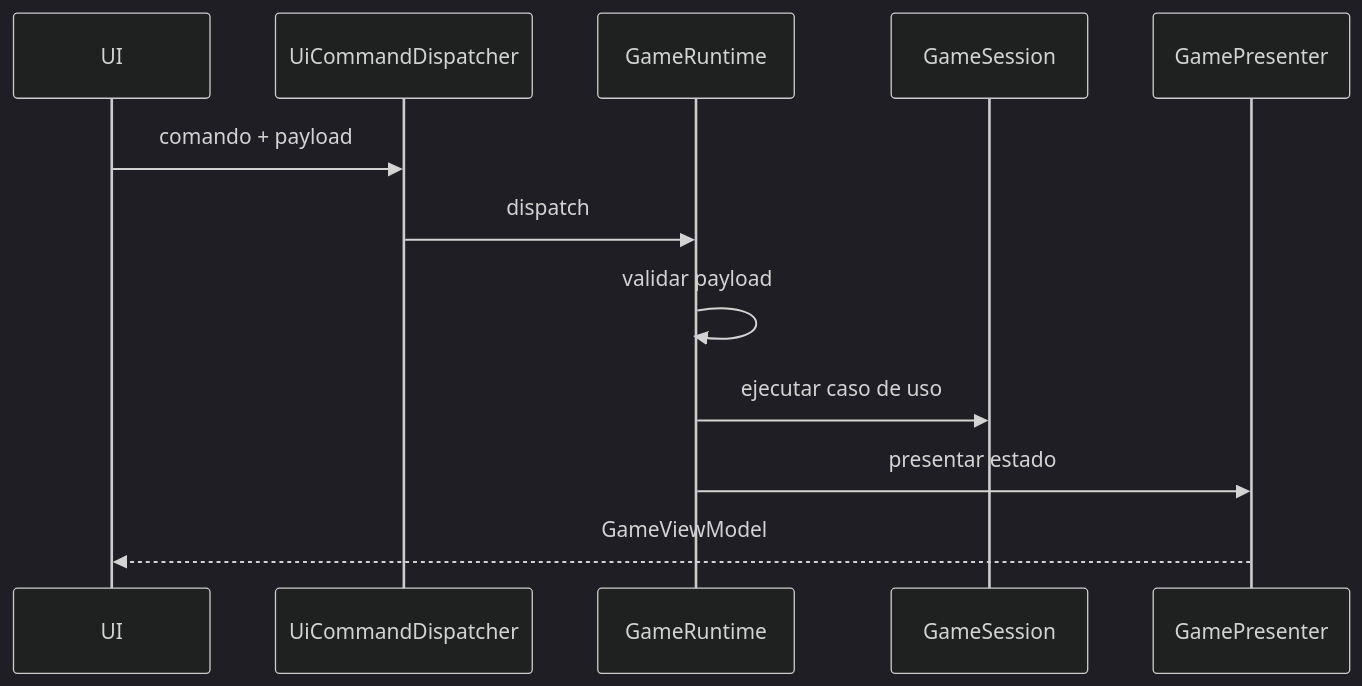
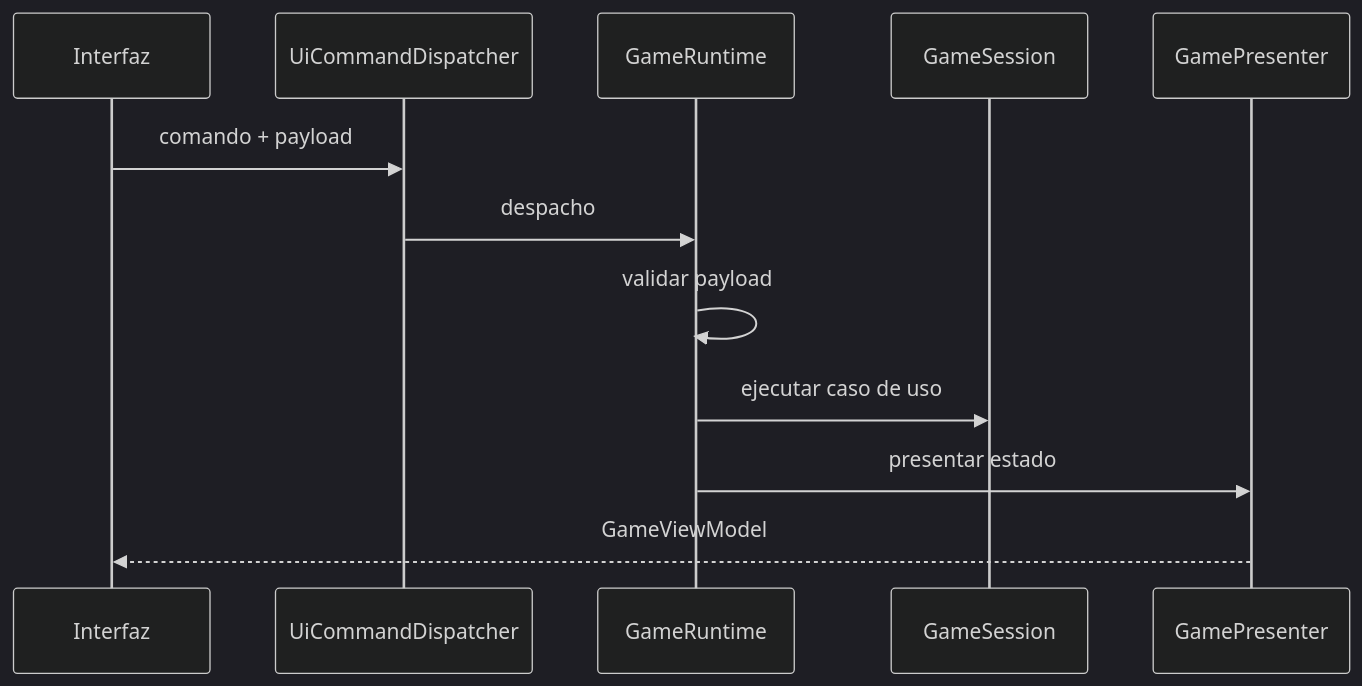
Before and after one commit to Craos6518/dungeon-crawler-patterns: the second of 2 diagrams in docs/01-product/Especificacion_Requerimientos_Sistema_ISO29148.md, drawn with Mermaid (dark theme). The commit also changed other lines of this file and 11 other files, not shown here.

Commit message:
refactor: actualizar diagramas y terminología en la documentación de patrones

````diff
--- a/docs/01-product/Especificacion_Requerimientos_Sistema_ISO29148.md
+++ b/docs/01-product/Especificacion_Requerimientos_Sistema_ISO29148.md
@@ -163,15 +172,15 @@
 ```mermaid
 sequenceDiagram
-    participant UI as UI
+    participant UI as Interfaz
     participant UCD as UiCommandDispatcher
     participant RT as GameRuntime
     participant GS as GameSession
     participant GP as GamePresenter
 
     UI->>UCD: comando + payload
-    UCD->>RT: dispatch
+    UCD->>RT: despacho
     RT->>RT: validar payload
     RT->>GS: ejecutar caso de uso
     RT->>GP: presentar estado
     GP-->>UI: GameViewModel
 ```
````
